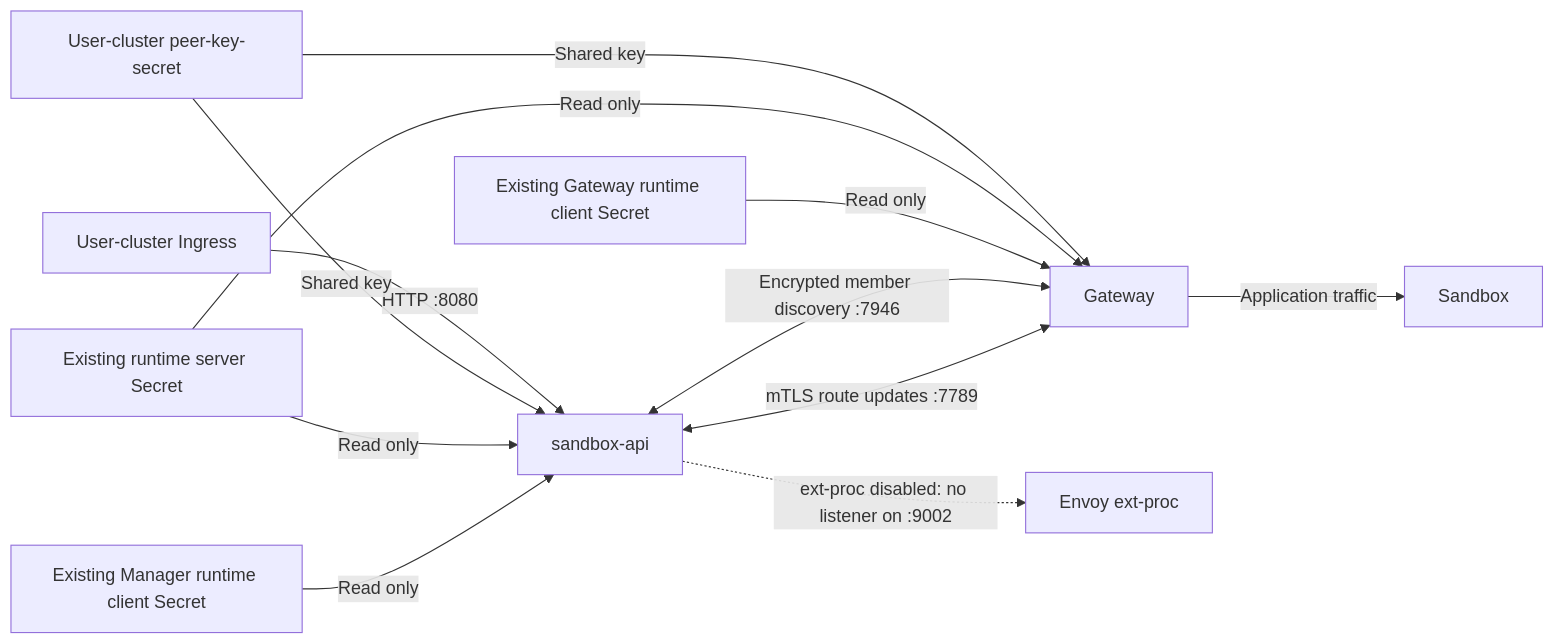
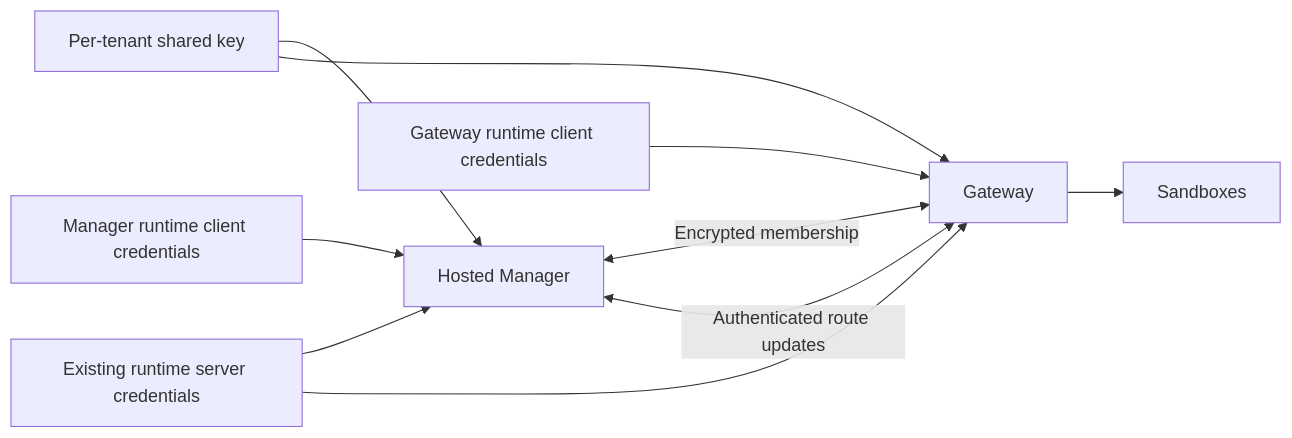
Before and after one commit to AiRanthem/agents: the diagram in docs/proposals/20260908-sandbox-manager-peer-security-hosted-data-plane.md, drawn with Mermaid. The commit also changed other lines of this file and 1 other file, not shown here.

````diff
--- a/docs/proposals/20260908-sandbox-manager-peer-security-hosted-data-plane.md
+++ b/docs/proposals/20260908-sandbox-manager-peer-security-hosted-data-plane.md
@@ -54,14 +15,12 @@
 ```mermaid
 flowchart LR
-    Ingress[User-cluster Ingress] -->|HTTP :8080| Manager[sandbox-api]
-    Key[User-cluster peer-key-secret] -->|Shared key| Manager
-    Key -->|Shared key| Gateway[Gateway]
-    ServerCert[Existing runtime server Secret] -->|Read only| Manager
-    ServerCert -->|Read only| Gateway
-    ManagerCert[Existing Manager runtime client Secret] -->|Read only| Manager
-    GatewayCert[Existing Gateway runtime client Secret] -->|Read only| Gateway
-    Manager <-->|Encrypted member discovery :7946| Gateway
-    Manager <-->|mTLS route updates :7789| Gateway
-    Gateway -->|Application traffic| Sandbox[Sandbox]
-    Manager -.->|ext-proc disabled: no listener on :9002| ExtProc[Envoy ext-proc]
+    M[Hosted Manager] <-->|Encrypted membership| G[Gateway]
+    M <-->|Authenticated route updates| G
+    MK[Per-tenant shared key] --> M
+    MK --> G
+    SC[Existing runtime server credentials] --> M
+    SC --> G
+    MC[Manager runtime client credentials] --> M
+    GC[Gateway runtime client credentials] --> G
+    G --> S[Sandboxes]
 ```
````
